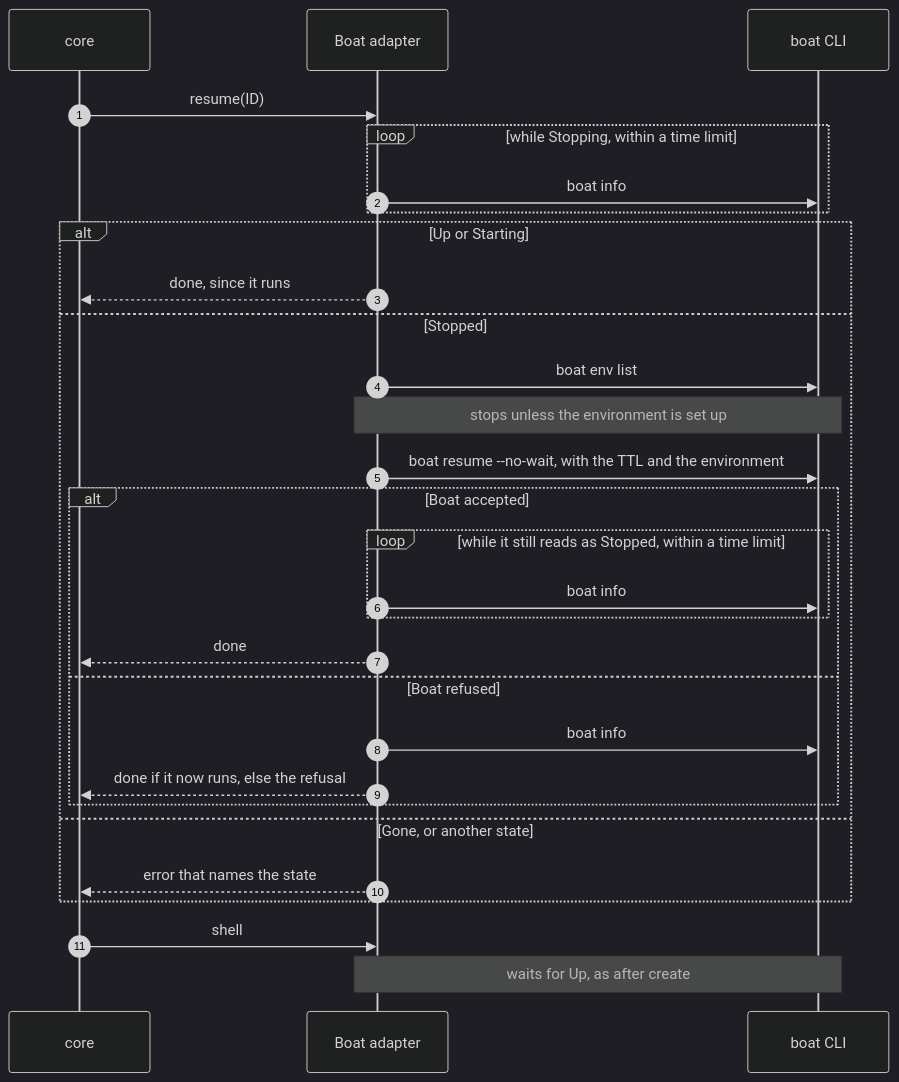
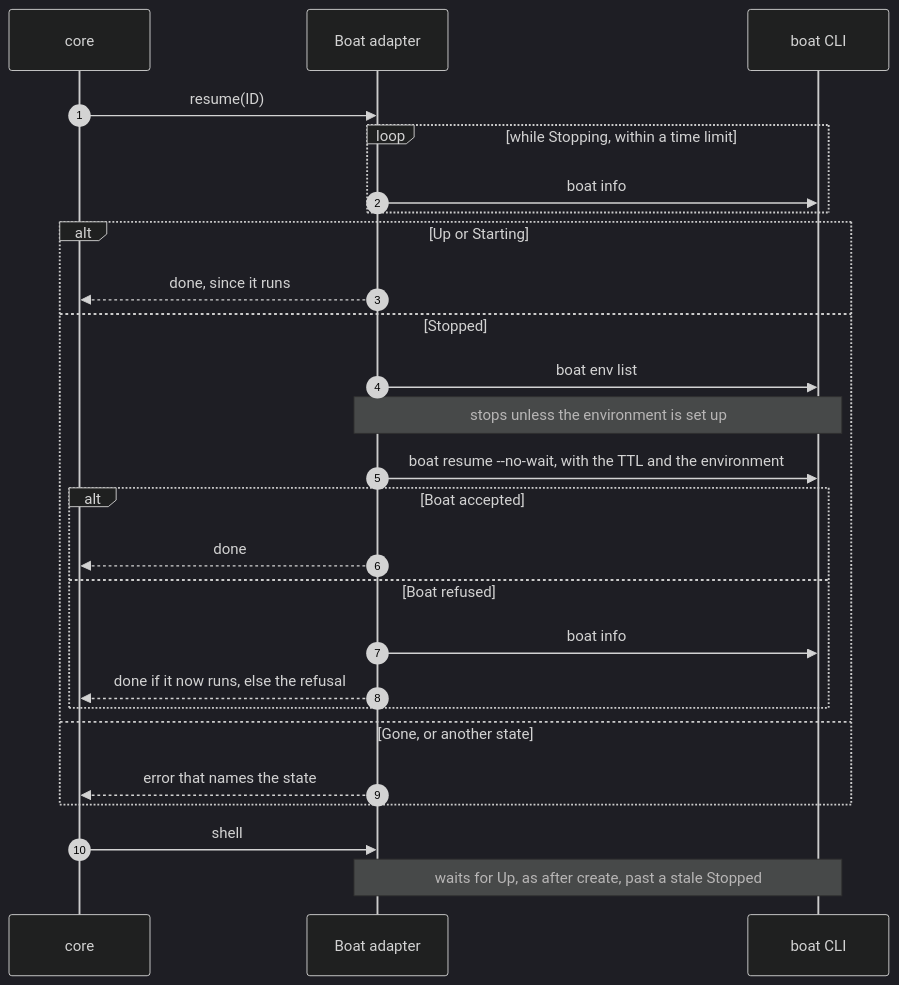
One commit to NextNodeSolutions/workspace changed the fifth of 10 diagrams in docs/providers/boat.md. Above: the diagram before and after it, drawn with Mermaid (dark theme). The commit also changed other lines of this file and 5 other files, not shown here.

````diff
--- a/docs/providers/boat.md
+++ b/docs/providers/boat.md
@@ -137,31 +137,28 @@
 ```mermaid
 sequenceDiagram
     autonumber
     participant Core as core
     participant A as Boat adapter
     participant B as boat CLI
     Core->>A: resume(ID)
     loop while Stopping, within a time limit
         A->>B: boat info
     end
     alt Up or Starting
         A-->>Core: done, since it runs
     else Stopped
         A->>B: boat env list
         Note over A,B: stops unless the environment is set up
         A->>B: boat resume --no-wait, with the TTL and the environment
         alt Boat accepted
-            loop while it still reads as Stopped, within a time limit
-                A->>B: boat info
-            end
             A-->>Core: done
         else Boat refused
             A->>B: boat info
             A-->>Core: done if it now runs, else the refusal
         end
     else Gone, or another state
         A-->>Core: error that names the state
     end
     Core->>A: shell
-    Note over A,B: waits for Up, as after create
+    Note over A,B: waits for Up, as after create, past a stale Stopped
 ```
````
